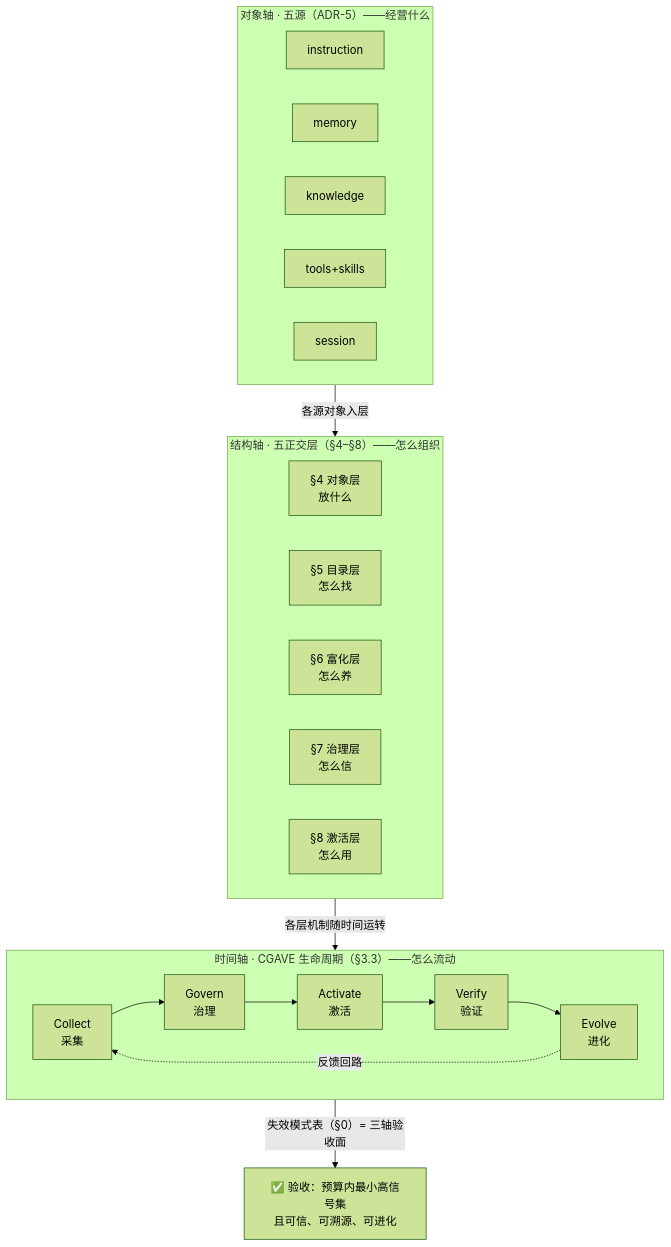
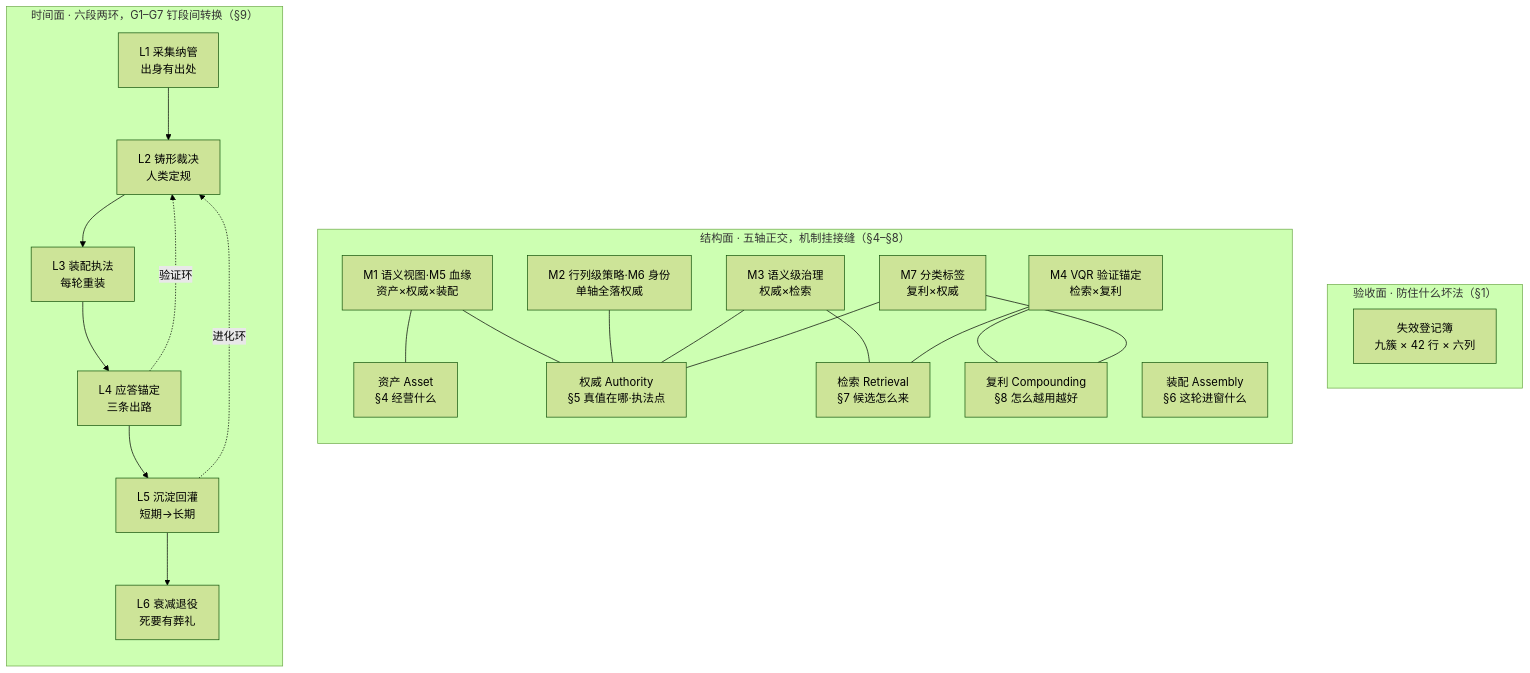
Before and after one commit to ThreeFish-AI/negentropy: the diagram in docs/assets/mermaid/cognitive-context/context-layer-blueprint--architecture.mmd, drawn with Mermaid (forest theme). The commit also changed 79 other files, not shown here.

First line of the commit message:
assets(context-layer): 013 配图换代八图交付+三图退役注记+进化子系统注释改锚;

```diff
--- a/docs/assets/mermaid/cognitive-context/context-layer-blueprint--architecture.mmd
+++ b/docs/assets/mermaid/cognitive-context/context-layer-blueprint--architecture.mmd
@@ -1,34 +1,42 @@
-%%source: docs/research/cognitive-context/013-context-layer-blueprint.md §3 总体架构：三轴蓝图（ADR-4 对象轴×结构轴×时间轴正交）
+%%source: docs/research/cognitive-context/013-context-layer-blueprint.md §3 总纲：三面蓝图（§3.1 三面各自承重 / §3.3 机制＝接缝 / §3.4 六段两环）
 %%slug: cognitive-context/context-layer-blueprint--architecture
 %%type: architecture
-%%derived: archify architecture v2, redesigned from v1 (五正交层单轴 → 三轴正交；v1 见 git 史)
+%%derived: archify architecture v3, redesigned from v2（三轴顺序链 → 三面独立承重：验收面登记簿九簇 × 结构面五轴+M1–M7 接缝挂件 × 时间面 L1–L6 六段+验证环/进化环两回边；v2 见 git 史）
 flowchart TB
-    subgraph OBJAXIS["对象轴 · 五源（ADR-5）——经营什么"]
-        direction LR
-        O1["instruction"]
-        O2["memory"]
-        O3["knowledge"]
-        O4["tools+skills"]
-        O5["session"]
+    subgraph FACE1["验收面 · 防住什么坏法（§1）"]
+        REG["失效登记簿<br/>九簇 × 42 行 × 六列"]
     end
-    subgraph STRAXIS["结构轴 · 五正交层（§4–§8）——怎么组织"]
-        direction LR
-        L1["§4 对象层<br/>放什么"]
-        L2["§5 目录层<br/>怎么找"]
-        L3["§6 富化层<br/>怎么养"]
-        L4["§7 治理层<br/>怎么信"]
-        L5["§8 激活层<br/>怎么用"]
+    subgraph FACE2["结构面 · 五轴正交，机制挂接缝（§4–§8）"]
+        direction TB
+        A1["资产 Asset<br/>§4 经营什么"]
+        A2["权威 Authority<br/>§5 真值在哪·执法点"]
+        A3["装配 Assembly<br/>§6 这轮进窗什么"]
+        A4["检索 Retrieval<br/>§7 候选怎么来"]
+        A5["复利 Compounding<br/>§8 怎么越用越好"]
+        M15["M1 语义视图·M5 血缘<br/>资产×权威×装配"]
+        M26["M2 行列级策略·M6 身份<br/>单轴全落权威"]
+        M3["M3 语义级治理<br/>权威×检索"]
+        M4["M4 VQR 验证锚定<br/>检索×复利"]
+        M7["M7 分类标签<br/>复利×权威"]
+        M15 --- A1
+        M15 --- A2
+        M26 --- A2
+        M3 --- A2
+        M3 --- A4
+        M4 --- A4
+        M4 --- A5
+        M7 --- A5
+        M7 --- A2
     end
-    subgraph TIMEAXIS["时间轴 · CGAVE 生命周期（§3.3）——怎么流动"]
-        direction LR
-        T1["Collect<br/>采集"]
-        T2["Govern<br/>治理"]
-        T3["Activate<br/>激活"]
-        T4["Verify<br/>验证"]
-        T5["Evolve<br/>进化"]
-        T1 --> T2 --> T3 --> T4 --> T5
-        T5 -.->|"反馈回路"| T1
+    subgraph FACE3["时间面 · 六段两环，G1–G7 钉段间转换（§9）"]
+        direction TB
+        L1["L1 采集纳管<br/>出身有出处"]
+        L2["L2 铸形裁决<br/>人类定规"]
+        L3["L3 装配执法<br/>每轮重装"]
+        L4["L4 应答锚定<br/>三条出路"]
+        L5["L5 沉淀回灌<br/>短期→长期"]
+        L6["L6 衰减退役<br/>死要有葬礼"]
+        L1 --> L2 --> L3 --> L4 --> L5 --> L6
+        L4 -.->|"验证环"| L2
+        L5 -.->|"进化环"| L2
     end
-    OBJAXIS -->|"各源对象入层"| STRAXIS
-    STRAXIS -->|"各层机制随时间运转"| TIMEAXIS
-    TIMEAXIS -->|"失效模式表（§0）= 三轴验收面"| V["✅ 验收：预算内最小高信号集<br/>且可信、可溯源、可进化"]
```
